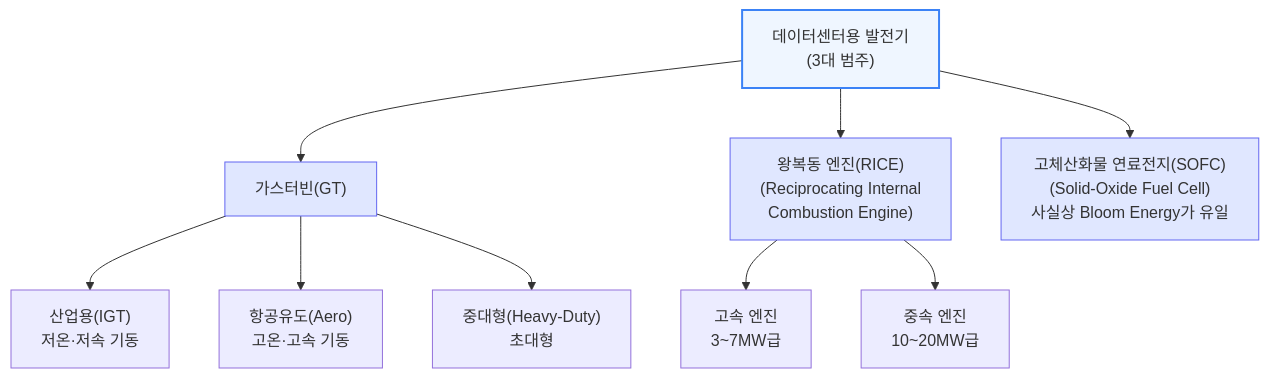
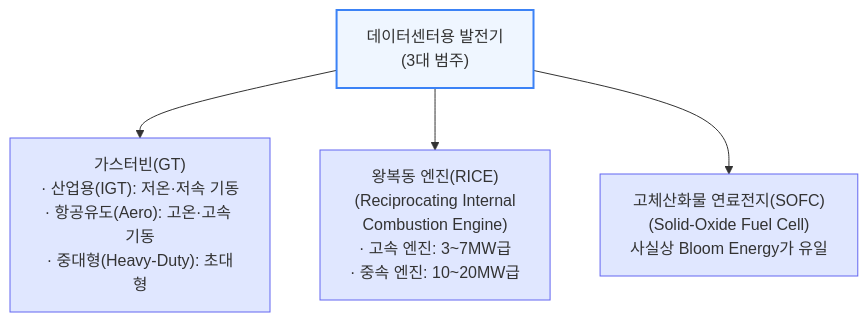
Before and after one commit to yohan4477/semi-report: the fifth of 34 diagrams in 원본 해석/[251231] AI 랩들은 어떻게 전력난을 해결하는가 - 온사이트 가스 딥다이브.md, drawn with Mermaid. The commit also changed other lines of this file, not shown here.

First line of the commit message:
Fix all remaining diagram width violations in onsite gas doc (v14.0)

````diff
--- a/원본 해석/[251231] AI 랩들은 어떻게 전력난을 해결하는가 - 온사이트 가스 딥다이브.md
+++ b/원본 해석/[251231] AI 랩들은 어떻게 전력난을 해결하는가 - 온사이트 가스 딥다이브.md
@@ -232,18 +232,11 @@
 ```mermaid
 flowchart TD
-    Options["데이터센터용 발전기<br/>(3대 범주)"] --> GT["가스터빈(GT)"]
-    Options --> RICE["왕복동 엔진(RICE)<br/>(Reciprocating Internal<br/>Combustion Engine)"]
+    Options["데이터센터용 발전기<br/>(3대 범주)"] --> GT["가스터빈(GT)<br/>· 산업용(IGT): 저온·저속 기동<br/>· 항공유도(Aero): 고온·고속 기동<br/>· 중대형(Heavy-Duty): 초대형"]
+    Options --> RICE["왕복동 엔진(RICE)<br/>(Reciprocating Internal<br/>Combustion Engine)<br/>· 고속 엔진: 3~7MW급<br/>· 중속 엔진: 10~20MW급"]
     Options --> SOFC["고체산화물 연료전지(SOFC)<br/>(Solid-Oxide Fuel Cell)<br/>사실상 Bloom Energy가 유일"]
-
-    GT --> IGT["산업용(IGT)<br/>저온·저속 기동"]
-    GT --> Aero["항공유도(Aero)<br/>고온·고속 기동"]
-    GT --> Heavy["중대형(Heavy-Duty)<br/>초대형"]
-
-    RICE --> HighSpeed["고속 엔진<br/>3~7MW급"]
-    RICE --> MedSpeed["중속 엔진<br/>10~20MW급"]
 
     style Options fill:#eff6ff,stroke:#3b82f6,stroke-width:2px
     style GT fill:#e0e7ff,stroke:#6366f1
     style RICE fill:#e0e7ff,stroke:#6366f1
     style SOFC fill:#e0e7ff,stroke:#6366f1
 ```
````
